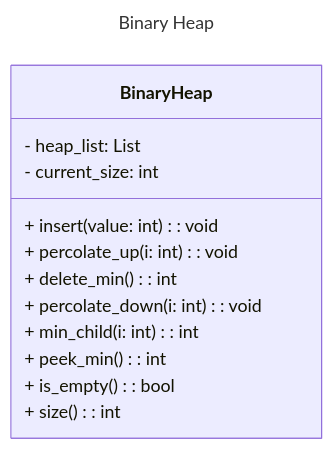
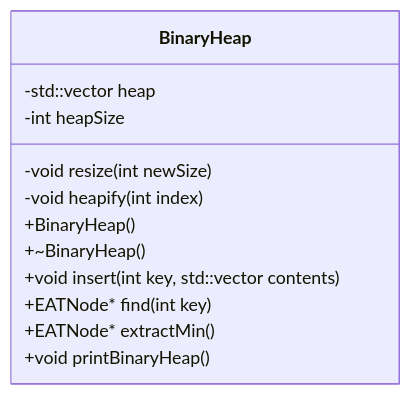
One commit to SP24-212/Edstem-Tracker changed the second of 3 diagrams in docs/dsa.md. Above: the diagram before and after it, drawn with Mermaid. The commit also changed other lines of this file, not shown here.

Commit message:
Updated data structure diagrams

````diff
--- a/docs/dsa.md
+++ b/docs/dsa.md
@@ -24,18 +23,15 @@
 ```mermaid
----
-title: Binary Heap
----
 classDiagram
 class BinaryHeap {
-    - heap_list: List
-    - current_size: int
-    + insert(value: int): void
-    + percolate_up(i: int): void
-    + delete_min(): int
-    + percolate_down(i: int): void
-    + min_child(i: int): int
-    + peek_min(): int
-    + is_empty(): bool
-    + size(): int
+  -std::vector<EATNode*> heap
+  -int heapSize
+  -void resize(int newSize)
+  -void heapify(int index)
+  +BinaryHeap()
+  +~BinaryHeap()
+  +void insert(int key, std::vector<std::string> contents)
+  +EATNode* find(int key)
+  +EATNode* extractMin()
+  +void printBinaryHeap()
 }
 ```
````
